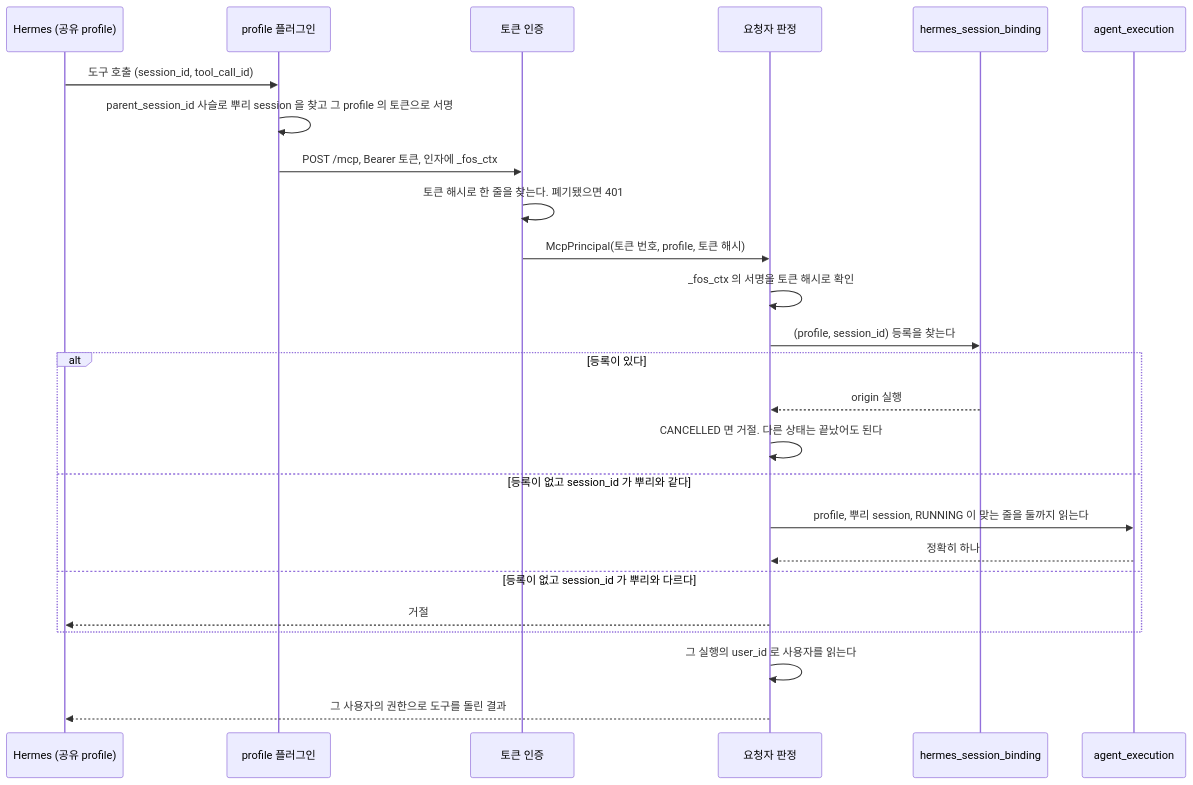
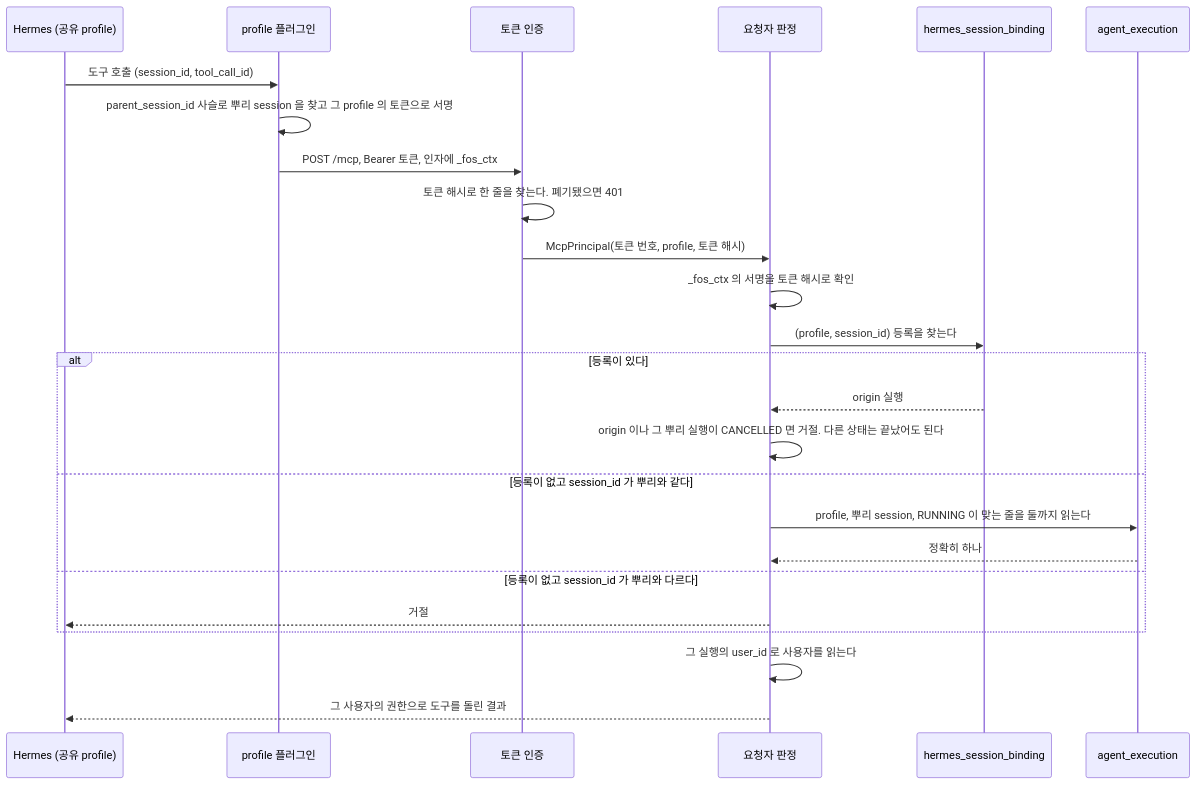
The second of 26 diagrams in docs/flow.md (jon890/fos-assistant), drawn with Mermaid before and after one commit. The commit also changed other lines of this file and 13 other files, not shown here.

First line of the commit message:
fix(backend): 검토 반영으로 origin 의 뿌리 실행이 중지돼도 하위 에이전트 MCP 호출을 거절한다

````diff
--- a/docs/flow.md
+++ b/docs/flow.md
@@ -61,28 +61,28 @@
 ```mermaid
 sequenceDiagram
     participant H as Hermes (공유 profile)
     participant P as profile 플러그인
     participant F as 토큰 인증
     participant R as 요청자 판정
     participant B as hermes_session_binding
     participant E as agent_execution
 
     H->>P: 도구 호출 (session_id, tool_call_id)
     P->>P: parent_session_id 사슬로 뿌리 session 을 찾고 그 profile 의 토큰으로 서명
     P->>F: POST /mcp, Bearer 토큰, 인자에 _fos_ctx
     F->>F: 토큰 해시로 한 줄을 찾는다. 폐기됐으면 401
     F->>R: McpPrincipal(토큰 번호, profile, 토큰 해시)
     R->>R: _fos_ctx 의 서명을 토큰 해시로 확인
     R->>B: (profile, session_id) 등록을 찾는다
     alt 등록이 있다
         B-->>R: origin 실행
-        R->>R: CANCELLED 면 거절. 다른 상태는 끝났어도 된다
+        R->>R: origin 이나 그 뿌리 실행이 CANCELLED 면 거절. 다른 상태는 끝났어도 된다
     else 등록이 없고 session_id 가 뿌리와 같다
         R->>E: profile, 뿌리 session, RUNNING 이 맞는 줄을 둘까지 읽는다
         E-->>R: 정확히 하나
     else 등록이 없고 session_id 가 뿌리와 다르다
         R-->>H: 거절
     end
     R->>R: 그 실행의 user_id 로 사용자를 읽는다
     R-->>H: 그 사용자의 권한으로 도구를 돌린 결과
 ```
````
